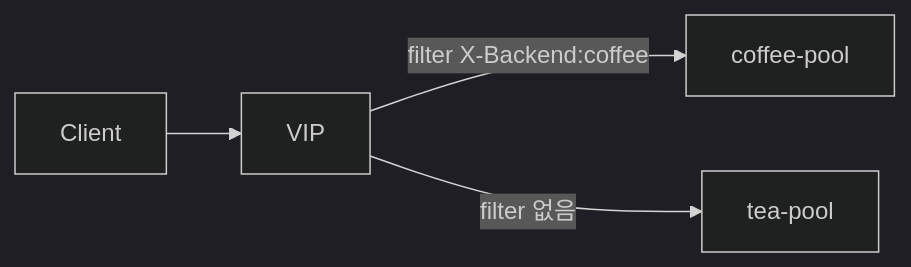
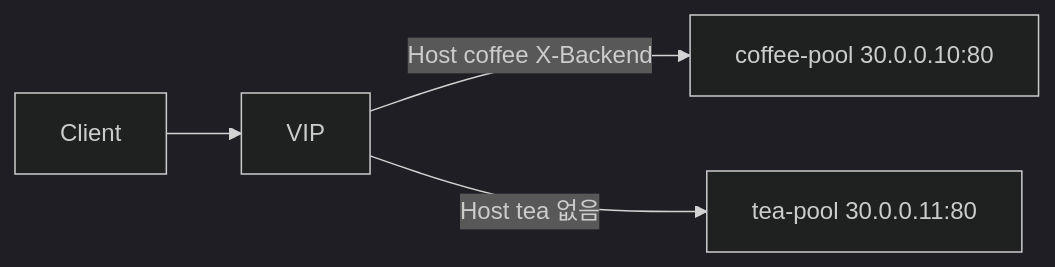
The diagram in HTTP_Routing/2.37_HTTPBackendRef_Filters/README.md (mink0119/2609_f5bnk), drawn with Mermaid (dark theme) before and after one commit. The commit also changed other lines of this file and 85 other files, not shown here.

````diff
--- a/HTTP_Routing/2.37_HTTPBackendRef_Filters/README.md
+++ b/HTTP_Routing/2.37_HTTPBackendRef_Filters/README.md
@@ -5,6 +5,6 @@
 ```mermaid
 flowchart LR
   C[Client] --> VIP[VIP]
-  VIP -->|filter X-Backend:coffee| P1[coffee-pool]
-  VIP -->|filter 없음| P2[tea-pool]
+  VIP -->|Host coffee X-Backend| P1["coffee-pool 30.0.0.10:80"]
+  VIP -->|Host tea 없음| P2["tea-pool 30.0.0.11:80"]
 ```
````
